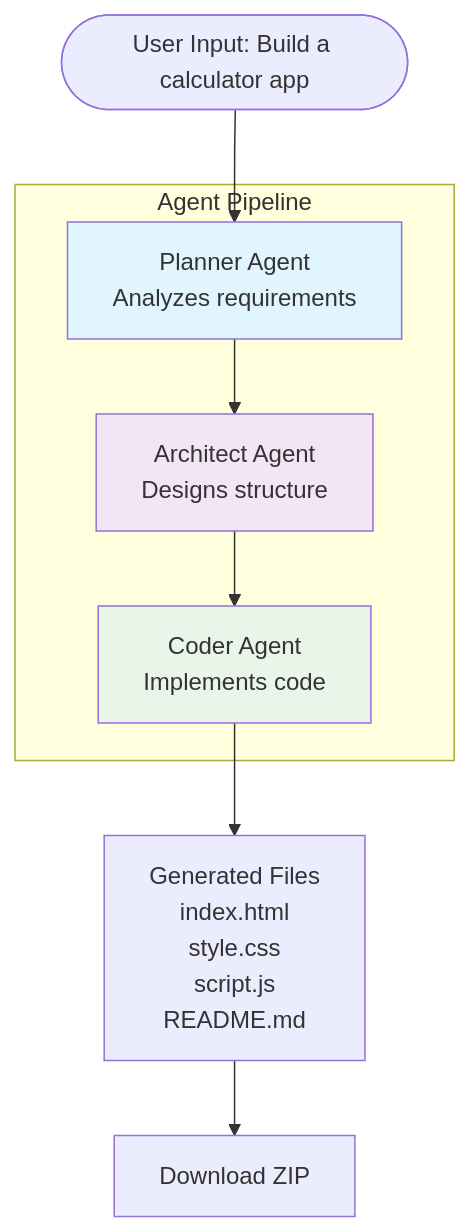
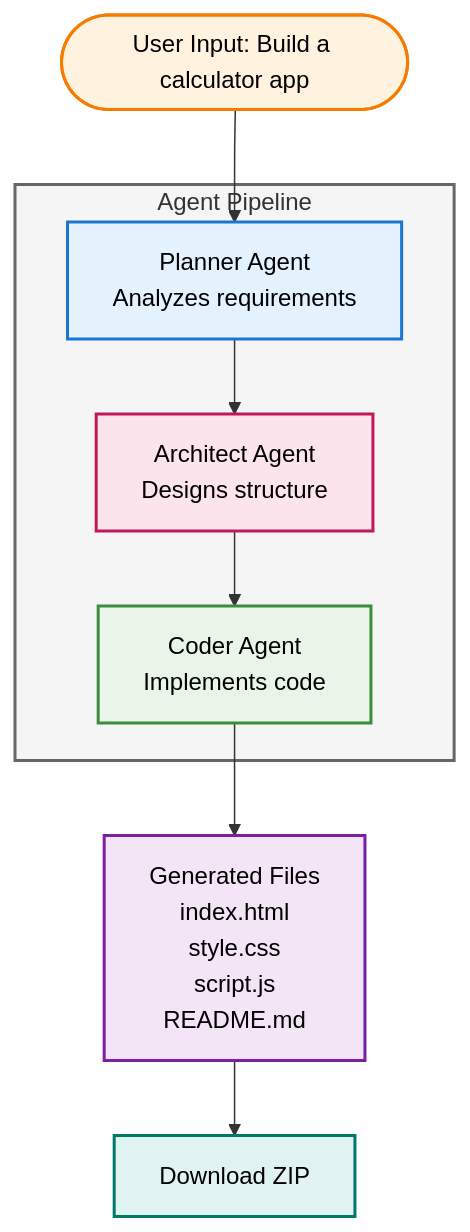
One commit to KshitizCodeHub/Architect_AI changed the diagram in README.md. Above: the diagram before and after it, drawn with Mermaid. The commit also changed other lines of this file, not shown here.

````diff
--- a/README.md
+++ b/README.md
@@ -16,17 +16,21 @@
 ```mermaid
 flowchart TD
     Start([User Input: Build a calculator app]) --> Planner
     
     subgraph Pipeline [Agent Pipeline]
         Planner[Planner Agent<br/>Analyzes requirements] --> Architect
         Architect[Architect Agent<br/>Designs structure] --> Coder
         Coder[Coder Agent<br/>Implements code]
     end
     
     Coder --> Files[Generated Files<br/>index.html<br/>style.css<br/>script.js<br/>README.md]
     Files --> Download[Download ZIP]
     
-    style Planner fill:#e1f5fe
-    style Architect fill:#f3e5f5
-    style Coder fill:#e8f5e8
+    style Planner fill:#e3f2fd,stroke:#1976d2,stroke-width:2px,color:#000
+    style Architect fill:#fce4ec,stroke:#c2185b,stroke-width:2px,color:#000
+    style Coder fill:#e8f5e8,stroke:#388e3c,stroke-width:2px,color:#000
+    style Pipeline fill:#f5f5f5,stroke:#666,stroke-width:2px
+    style Start fill:#fff3e0,stroke:#f57c00,stroke-width:2px,color:#000
+    style Files fill:#f3e5f5,stroke:#7b1fa2,stroke-width:2px,color:#000
+    style Download fill:#e0f2f1,stroke:#00796b,stroke-width:2px,color:#000
 ```
````
